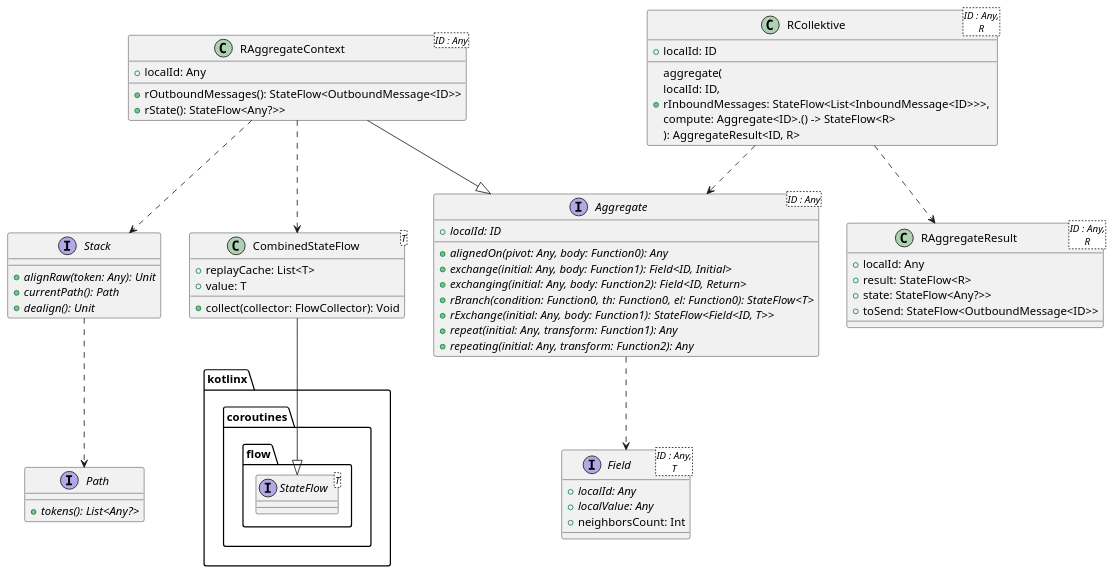
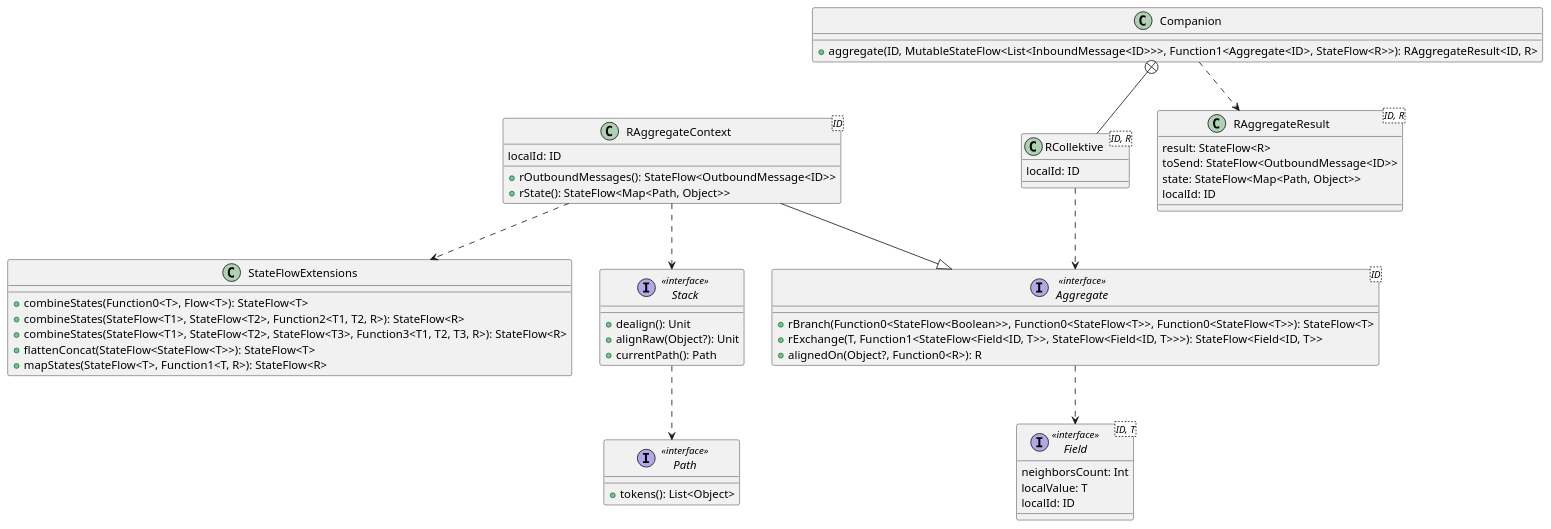
One commit to FilippoVissani/master-thesis changed the diagram in diagrams/collektive-prm-design.puml. Above: the diagram before and after it, drawn with PlantUML. The commit also changed 5 other files, not shown here.

Commit message:
refactor: improve diagrams

```diff
--- a/diagrams/collektive-prm-design.puml
+++ b/diagrams/collektive-prm-design.puml
@@ -1,67 +1,63 @@
 @startuml
 
-package kotlinx.coroutines.flow {
-    interface StateFlow<T>
+class StateFlowExtensions {
+  + combineStates(Function0<T>, Flow<T>): StateFlow<T>
+  + combineStates(StateFlow<T1>, StateFlow<T2>, Function2<T1, T2, R>): StateFlow<R>
+  + combineStates(StateFlow<T1>, StateFlow<T2>, StateFlow<T3>, Function3<T1, T2, T3, R>): StateFlow<R>
+  + flattenConcat(StateFlow<StateFlow<T>>): StateFlow<T>
+  + mapStates(StateFlow<T>, Function1<T, R>): StateFlow<R>
 }
 
-class CombinedStateFlow<T> {
-    +replayCache: List<T>
-    +value: T
-    +collect(collector: FlowCollector): Void
+interface Aggregate<ID> << interface >> {
+  + rBranch(Function0<StateFlow<Boolean>>, Function0<StateFlow<T>>, Function0<StateFlow<T>>): StateFlow<T>
+  + rExchange(T, Function1<StateFlow<Field<ID, T>>, StateFlow<Field<ID, T>>>): StateFlow<Field<ID, T>>
+  + alignedOn(Object?, Function0<R>): R
 }
 
-interface Aggregate<ID : Any> {
-    +{abstract} localId: ID
-    +{abstract} alignedOn(pivot: Any, body: Function0): Any
-    +{abstract} exchange(initial: Any, body: Function1): Field<ID, Initial>
-    +{abstract} exchanging(initial: Any, body: Function2): Field<ID, Return>
-    +{abstract} rBranch(condition: Function0, th: Function0, el: Function0): StateFlow<T>
-    +{abstract} rExchange(initial: Any, body: Function1): StateFlow<Field<ID, T>>
-    +{abstract} repeat(initial: Any, transform: Function1): Any
-    +{abstract} repeating(initial: Any, transform: Function2): Any
+class RAggregateContext<ID> {
+    + rOutboundMessages(): StateFlow<OutboundMessage<ID>>
+    + rState(): StateFlow<Map<Path, Object>>
+    localId: ID
 }
 
-class RAggregateContext<ID : Any> {
-    +localId: Any
-    +rOutboundMessages(): StateFlow<OutboundMessage<ID>>
-    +rState(): StateFlow<Any?>>
+class RAggregateResult<ID, R> {
+   result: StateFlow<R>
+   toSend: StateFlow<OutboundMessage<ID>>
+   state: StateFlow<Map<Path, Object>>
+   localId: ID
 }
 
-class RAggregateResult<ID : Any,\nR> {
-    +localId: Any
-    +result: StateFlow<R>
-    +state: StateFlow<Any?>>
-    +toSend: StateFlow<OutboundMessage<ID>>
+class RCollektive<ID, R> {
+   localId: ID
 }
 
-class RCollektive<ID : Any,\nR> {
-    +localId: ID
-    +aggregate(\nlocalId: ID, \nrInboundMessages: StateFlow<List<InboundMessage<ID>>>, \ncompute: Aggregate<ID>.() -> StateFlow<R>\n): AggregateResult<ID, R>
+class Companion {
+  + aggregate(ID, MutableStateFlow<List<InboundMessage<ID>>>, Function1<Aggregate<ID>, StateFlow<R>>): RAggregateResult<ID, R>
 }
 
-interface Stack {
-    +{abstract} alignRaw(token: Any): Unit
-    +{abstract} currentPath(): Path
-    +{abstract} dealign(): Unit
+interface Stack << interface >> {
+  + dealign(): Unit
+  + alignRaw(Object?): Unit
+  + currentPath(): Path
 }
 
-interface Path {
-    +{abstract} tokens(): List<Any?>
+interface Path << interface >> {
+  + tokens(): List<Object>
 }
 
-interface Field<ID : Any,\nT> {
-    +{abstract} localId: Any
-    +{abstract} localValue: Any
-    +neighborsCount: Int
+interface Field<ID, T> << interface >> {
+   neighborsCount: Int
+   localValue: T
+   localId: ID
 }
 
-CombinedStateFlow --|> StateFlow
+Companion +-- RCollektive
 RAggregateContext --|> Aggregate
 Stack ..> Path
 RAggregateContext ..> Stack
-RAggregateContext ..> CombinedStateFlow
+RAggregateContext ..> StateFlowExtensions
 Aggregate ..> Field
 RCollektive ..> Aggregate
-RCollektive ..> RAggregateResult
+Companion ..> RAggregateResult
 
 @enduml
```
